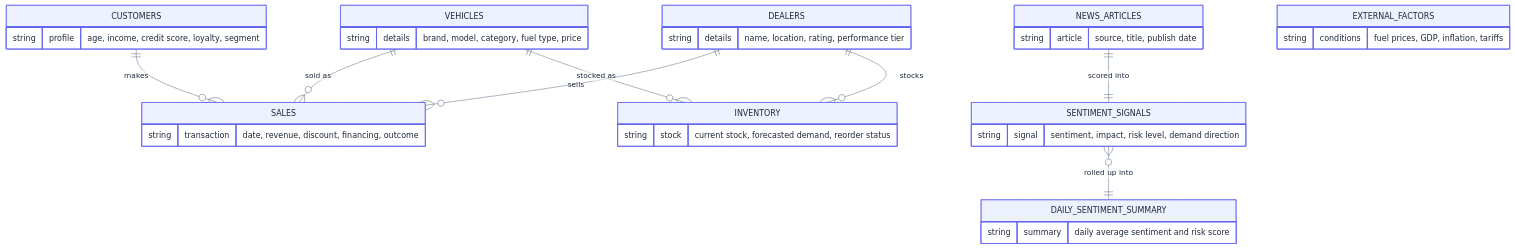
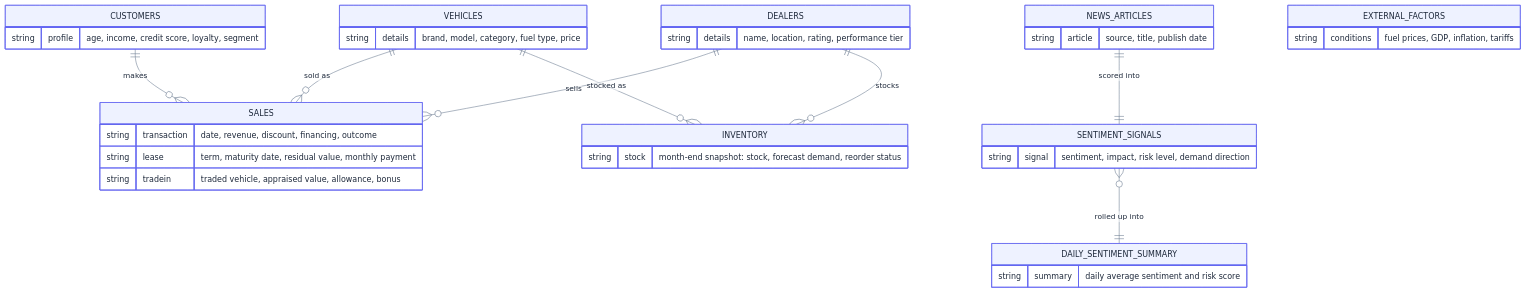
The second of 7 diagrams in ARCHITECTURE_OVERVIEW.md (pushpalhedau/Demand-Prediction), drawn with Mermaid before and after one commit. The commit also changed other lines of this file and 37 other files, not shown here.

````diff
--- a/ARCHITECTURE_OVERVIEW.md
+++ b/ARCHITECTURE_OVERVIEW.md
@@ -75,42 +75,44 @@
 ```mermaid
 %%{init: {'theme':'base', 'themeVariables': {
   'primaryColor':'#EEF2FF','primaryTextColor':'#1E293B','primaryBorderColor':'#6366F1',
   'lineColor':'#64748B','fontFamily':'Segoe UI, Helvetica, Arial, sans-serif','fontSize':'15px'
 }}}%%
 erDiagram
     CUSTOMERS ||--o{ SALES : "makes"
     VEHICLES ||--o{ SALES : "sold as"
     DEALERS ||--o{ SALES : "sells"
     DEALERS ||--o{ INVENTORY : "stocks"
     VEHICLES ||--o{ INVENTORY : "stocked as"
     NEWS_ARTICLES ||--|| SENTIMENT_SIGNALS : "scored into"
     SENTIMENT_SIGNALS }o--|| DAILY_SENTIMENT_SUMMARY : "rolled up into"
 
     CUSTOMERS {
         string profile "age, income, credit score, loyalty, segment"
     }
     VEHICLES {
         string details "brand, model, category, fuel type, price"
     }
     DEALERS {
         string details "name, location, rating, performance tier"
     }
     SALES {
         string transaction "date, revenue, discount, financing, outcome"
+        string lease "term, maturity date, residual value, monthly payment"
+        string tradein "traded vehicle, appraised value, allowance, bonus"
     }
     INVENTORY {
-        string stock "current stock, forecasted demand, reorder status"
+        string stock "month-end snapshot: stock, forecast demand, reorder status"
     }
     EXTERNAL_FACTORS {
         string conditions "fuel prices, GDP, inflation, tariffs"
     }
     NEWS_ARTICLES {
         string article "source, title, publish date"
     }
     SENTIMENT_SIGNALS {
         string signal "sentiment, impact, risk level, demand direction"
     }
     DAILY_SENTIMENT_SUMMARY {
         string summary "daily average sentiment and risk score"
     }
 ```
````
